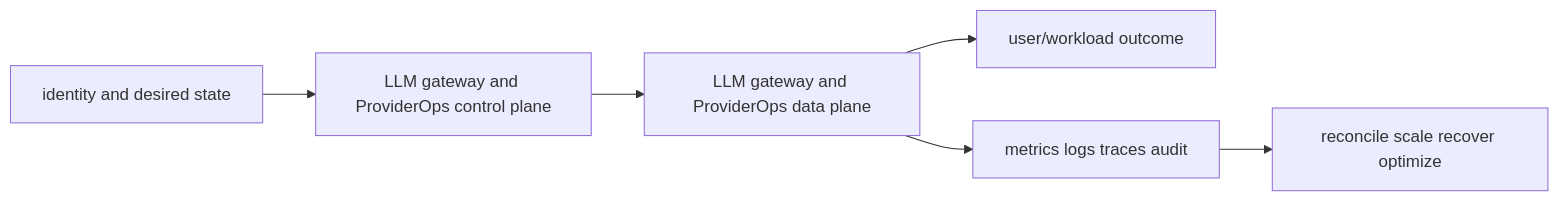
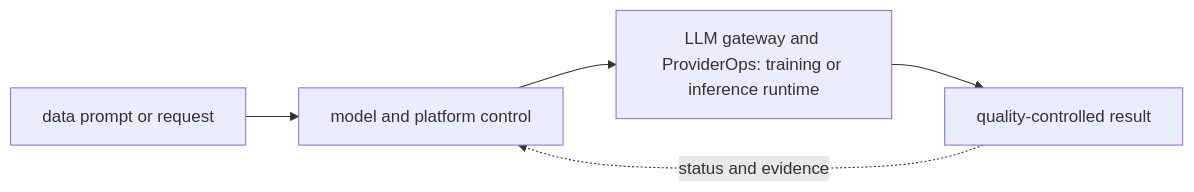
One commit to tomkidumbuyo/DevOps-interview-preparation changed the diagram in 11-ai-platform/08-mlops-and-llmops-lifecycle/20-gateway-providerops/README.md. Above: the diagram before and after it, drawn with Mermaid. The commit also changed other lines of this file and 753 other files, not shown here.

````diff
--- a/11-ai-platform/08-mlops-and-llmops-lifecycle/20-gateway-providerops/README.md
+++ b/11-ai-platform/08-mlops-and-llmops-lifecycle/20-gateway-providerops/README.md
@@ -19,8 +31,7 @@
 ```mermaid
 flowchart LR
-  I[identity and desired state] --> C[LLM gateway and ProviderOps control plane]
-  C --> D[LLM gateway and ProviderOps data plane]
-  D --> U[user/workload outcome]
-  D --> O[metrics logs traces audit]
-  O --> R[reconcile scale recover optimize]
+  A["data prompt or request"] --> B["model and platform control"]
+  B --> C["LLM gateway and ProviderOps: training or inference runtime"]
+  C --> D["quality-controlled result"]
+  D -. "status and evidence" .-> B
 ```
````
